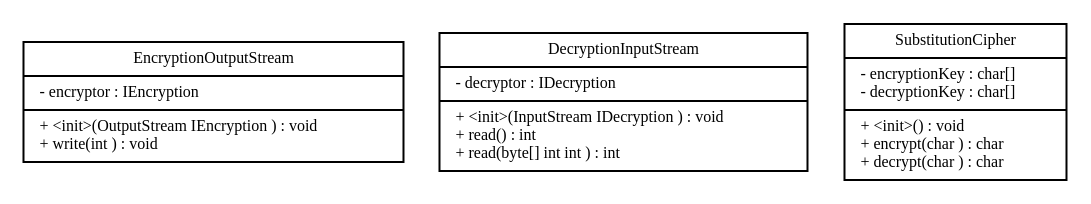
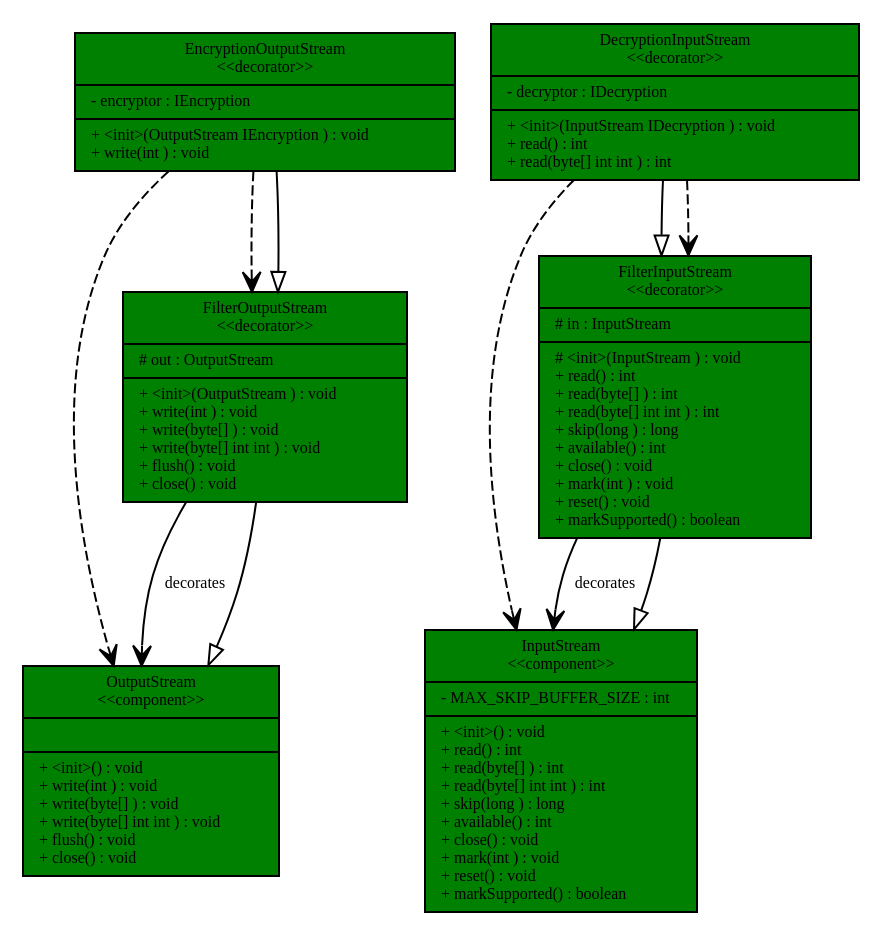
Before and after one commit to Soriold/CSSE374-Eleven: the diagram in GUI/input-output/GVOutput.dot, drawn with Graphviz. The commit also changed 5 other files, not shown here.

```diff
--- a/GUI/input-output/GVOutput.dot
+++ b/GUI/input-output/GVOutput.dot
@@ -1,18 +1,71 @@
 digraph G {fontname = "Bitstream Vera Sans" fontsize = 8
- node [fontname ="Bitstream Vera Sans" fontsize = 8 shape = "record"] edge [fontname = "Bitstream Vera Sans" fontsize = 8]EncryptionOutputStream[ label = "{EncryptionOutputStream|- encryptor : IEncryption\l
-|+ \<init\>(OutputStream IEncryption ) : void\l
+ node [fontname ="Bitstream Vera Sans" fontsize = 8 shape = "record"] edge [fontname = "Bitstream Vera Sans" fontsize = 8]OutputStream[style=filled fillcolor=green color=black  label = "{OutputStream\n\<\<component\>\>||+ \<init\>() : void\l
 + write(int ) : void\l
++ write(byte[] ) : void\l
++ write(byte[] int int ) : void\l
++ flush() : void\l
++ close() : void\l
 }"]
-DecryptionInputStream[ label = "{DecryptionInputStream|- decryptor : IDecryption\l
+InputStream[style=filled fillcolor=green color=black  label = "{InputStream\n\<\<component\>\>|- MAX_SKIP_BUFFER_SIZE : int\l
+|+ \<init\>() : void\l
++ read() : int\l
++ read(byte[] ) : int\l
++ read(byte[] int int ) : int\l
++ skip(long ) : long\l
++ available() : int\l
++ close() : void\l
++ mark(int ) : void\l
++ reset() : void\l
++ markSupported() : boolean\l
+}"]
+FilterInputStream[style=filled fillcolor=green color=black  label = "{FilterInputStream\n\<\<decorator\>\>|# in : InputStream\l
+|# \<init\>(InputStream ) : void\l
++ read() : int\l
++ read(byte[] ) : int\l
++ read(byte[] int int ) : int\l
++ skip(long ) : long\l
++ available() : int\l
++ close() : void\l
++ mark(int ) : void\l
++ reset() : void\l
++ markSupported() : boolean\l
+}"]
+FilterOutputStream[style=filled fillcolor=green color=black  label = "{FilterOutputStream\n\<\<decorator\>\>|# out : OutputStream\l
+|+ \<init\>(OutputStream ) : void\l
++ write(int ) : void\l
++ write(byte[] ) : void\l
++ write(byte[] int int ) : void\l
++ flush() : void\l
++ close() : void\l
+}"]
+DecryptionInputStream[style=filled fillcolor=green color=black  label = "{DecryptionInputStream\n\<\<decorator\>\>|- decryptor : IDecryption\l
 |+ \<init\>(InputStream IDecryption ) : void\l
 + read() : int\l
 + read(byte[] int int ) : int\l
 }"]
-SubstitutionCipher[ label = "{SubstitutionCipher|- encryptionKey : char[]\l
-- decryptionKey : char[]\l
-|+ \<init\>() : void\l
-+ encrypt(char ) : char\l
-+ decrypt(char ) : char\l
+EncryptionOutputStream[style=filled fillcolor=green color=black  label = "{EncryptionOutputStream\n\<\<decorator\>\>|- encryptor : IEncryption\l
+|+ \<init\>(OutputStream IEncryption ) : void\l
++ write(int ) : void\l
 }"]
+ edge [ arrowhead = onormal style = solid  color=black  label=""]
+ DecryptionInputStream -> FilterInputStream
+ edge [ arrowhead = vee style = dashed  color=black  label=""]
+ EncryptionOutputStream -> FilterOutputStream
+ edge [ arrowhead = vee style = solid  color=black  label="decorates" ]
+ FilterInputStream -> InputStream
+ edge [ arrowhead = vee style = dashed  color=black  label=""]
+ EncryptionOutputStream -> OutputStream
+ edge [ arrowhead = onormal style = solid  color=black  label=""]
+ EncryptionOutputStream -> FilterOutputStream
+ edge [ arrowhead = onormal style = solid  color=black  label=""]
+ FilterInputStream -> InputStream
+ edge [ arrowhead = vee style = dashed  color=black  label=""]
+ DecryptionInputStream -> InputStream
+ edge [ arrowhead = vee style = solid  color=black  label="decorates" ]
+ FilterOutputStream -> OutputStream
+ edge [ arrowhead = onormal style = solid  color=black  label=""]
+ FilterOutputStream -> OutputStream
+ edge [ arrowhead = vee style = dashed  color=black  label=""]
+ DecryptionInputStream -> FilterInputStream
 
 }
```
